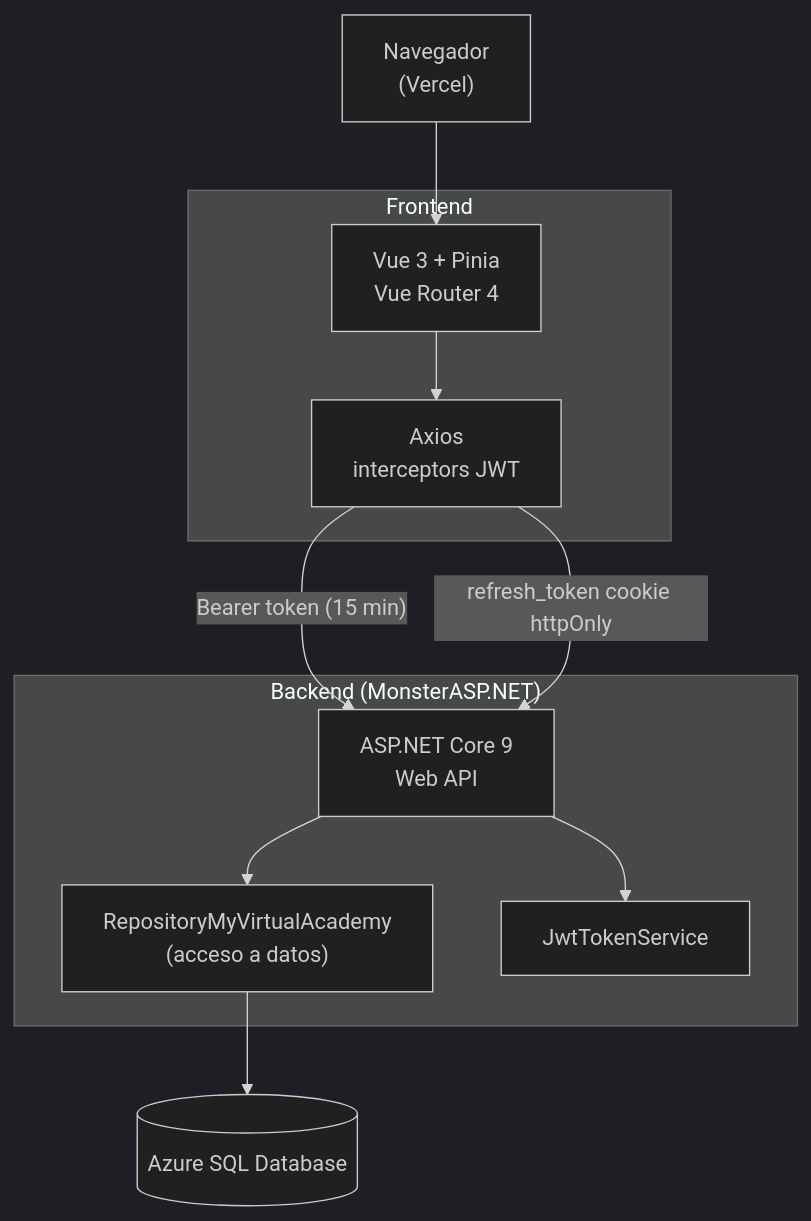
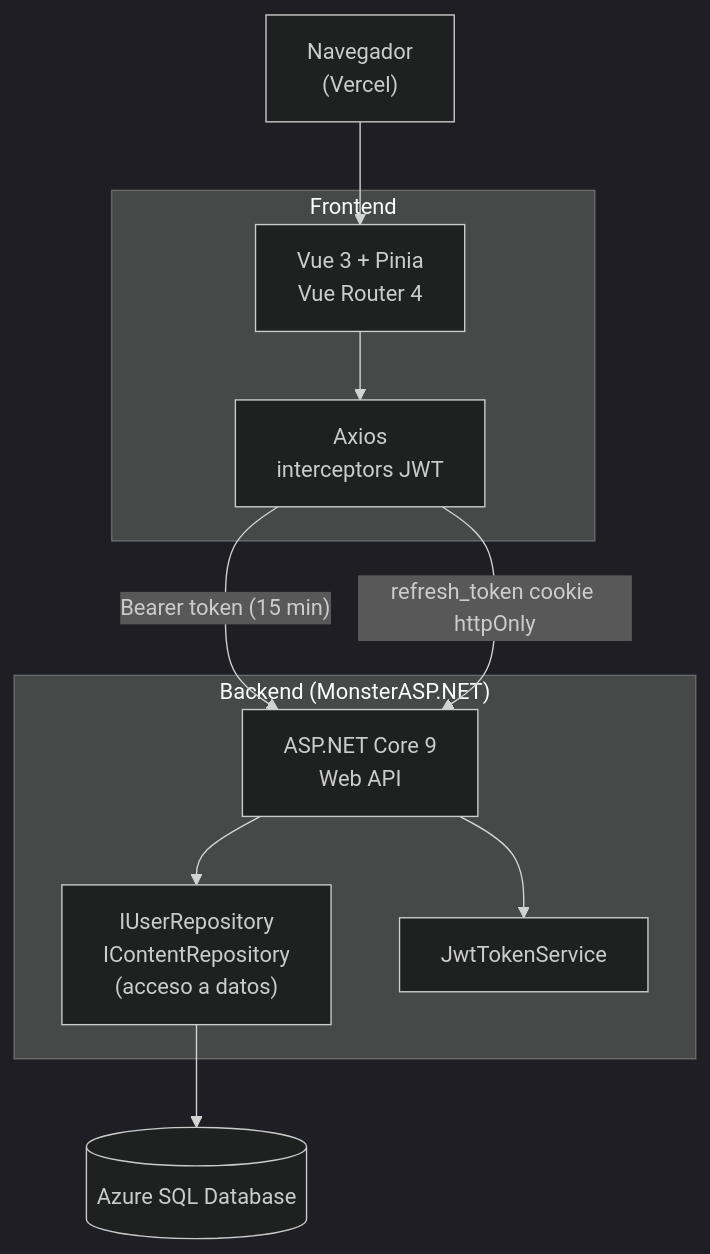
The diagram in README.md (Danirolan21/myvirtualacademy-fullstack), drawn with Mermaid (dark theme) before and after one commit. The commit also changed other lines of this file, not shown here.

````diff
--- a/README.md
+++ b/README.md
@@ -197,25 +210,25 @@
 ```mermaid
 graph TD
     Browser["Navegador<br/>(Vercel)"]
 
     subgraph Frontend
         Vue["Vue 3 + Pinia<br/>Vue Router 4"]
         Axios["Axios<br/>interceptors JWT"]
     end
 
     subgraph Backend["Backend (MonsterASP.NET)"]
         API["ASP.NET Core 9<br/>Web API"]
-        Repo["RepositoryMyVirtualAcademy<br/>(acceso a datos)"]
+        Repo["IUserRepository<br/>IContentRepository<br/>(acceso a datos)"]
         JWT["JwtTokenService"]
     end
 
     DB[("Azure SQL Database")]
 
     Browser --> Vue
     Vue --> Axios
     Axios -- "Bearer token (15 min)" --> API
     Axios -- "refresh_token cookie httpOnly" --> API
     API --> JWT
     API --> Repo
     Repo --> DB
 ```
````
